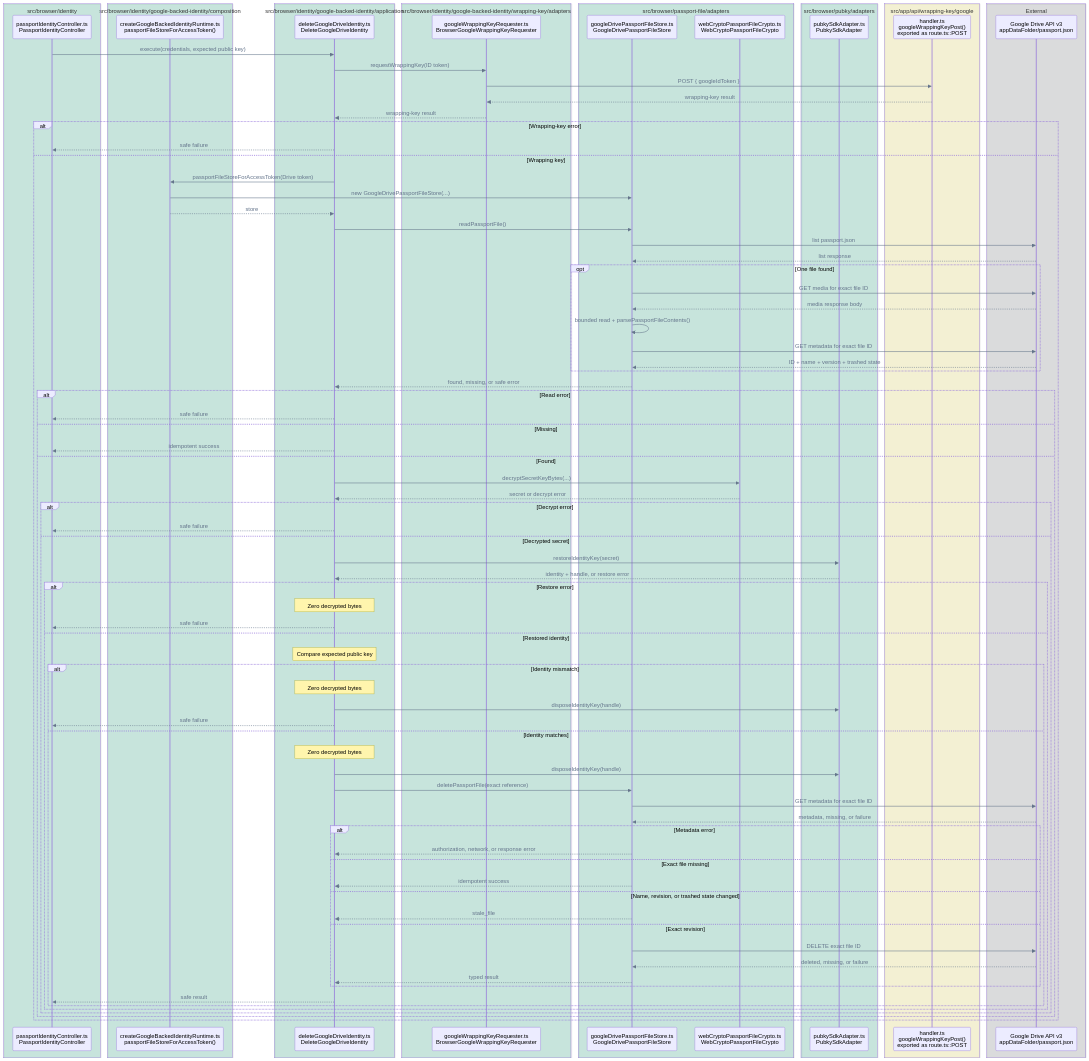
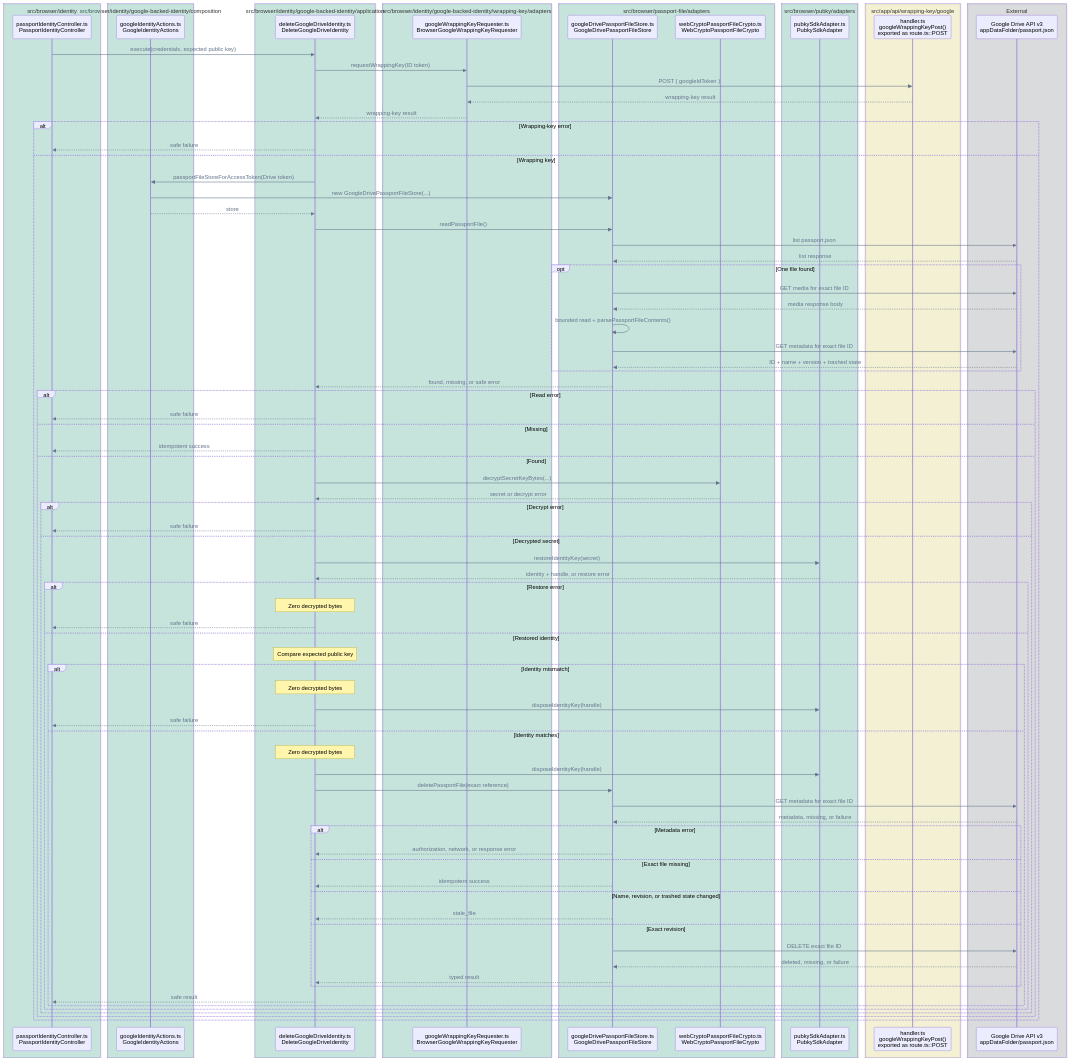
Before and after one commit to pubky/pubky-passport: diagram 12 of 14 in FLOWS.md, drawn with Mermaid. The commit also changed other lines of this file and 8 other files, not shown here.

Commit message:
refactor: replace GoogleBackedIdentityRuntime with GoogleIdentityActions and update related components

```diff
--- a/FLOWS.md
+++ b/FLOWS.md
@@ -650,7 +650,7 @@
         participant Controller as passportIdentityController.ts<br/>PassportIdentityController
     end
     box rgba(0, 158, 115, 0.18) src/browser/identity/google-backed-identity/composition
-        participant DriveFactory as createGoogleBackedIdentityRuntime.ts<br/>passportFileStoreForAccessToken()
+        participant Actions as googleIdentityActions.ts<br/>GoogleIdentityActions
     end
     box rgba(0, 158, 115, 0.18) src/browser/identity/google-backed-identity/application
         participant Delete as deleteGoogleDriveIdentity.ts<br/>DeleteGoogleDriveIdentity
@@ -680,9 +680,9 @@
     alt Wrapping-key error
         Delete-->>Controller: safe failure
     else Wrapping key
-        Delete->>DriveFactory: passportFileStoreForAccessToken(Drive token)
-        DriveFactory->>DriveStore: new GoogleDrivePassportFileStore(...)
-        DriveFactory-->>Delete: store
+        Delete->>Actions: passportFileStoreForAccessToken(Drive token)
+        Actions->>DriveStore: new GoogleDrivePassportFileStore(...)
+        Actions-->>Delete: store
         Delete->>DriveStore: readPassportFile()
         DriveStore->>Drive: list passport.json
         Drive-->>DriveStore: list response
```
